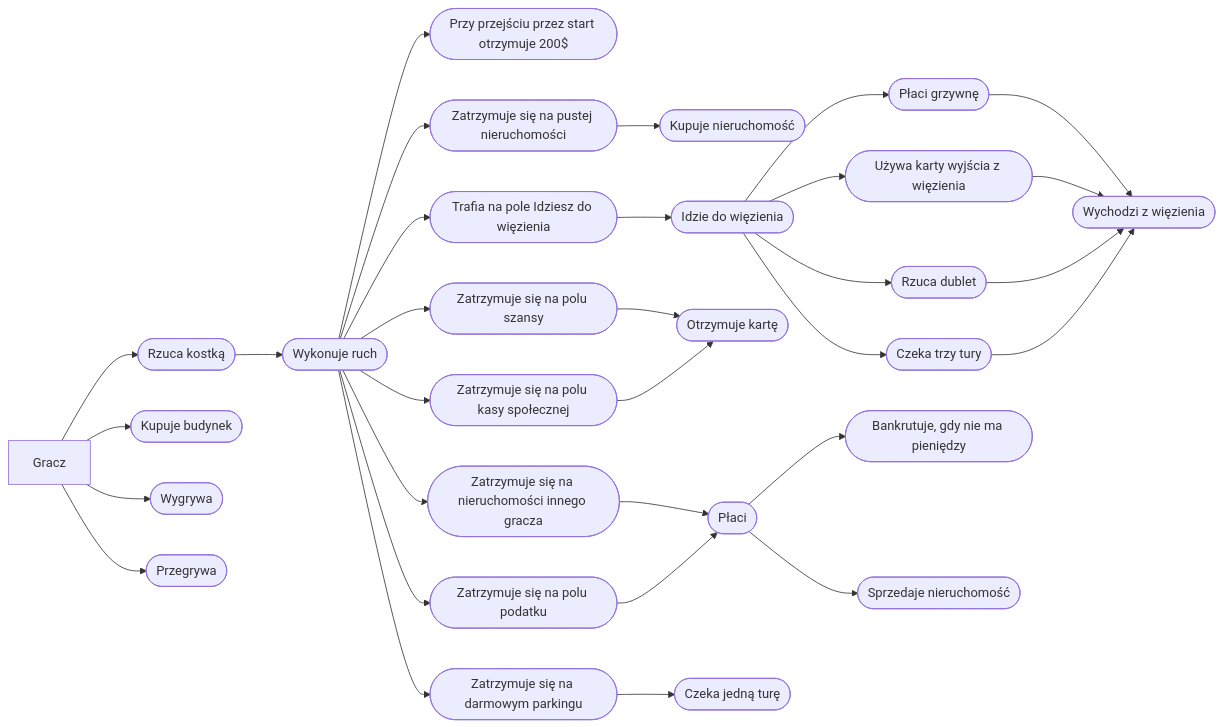
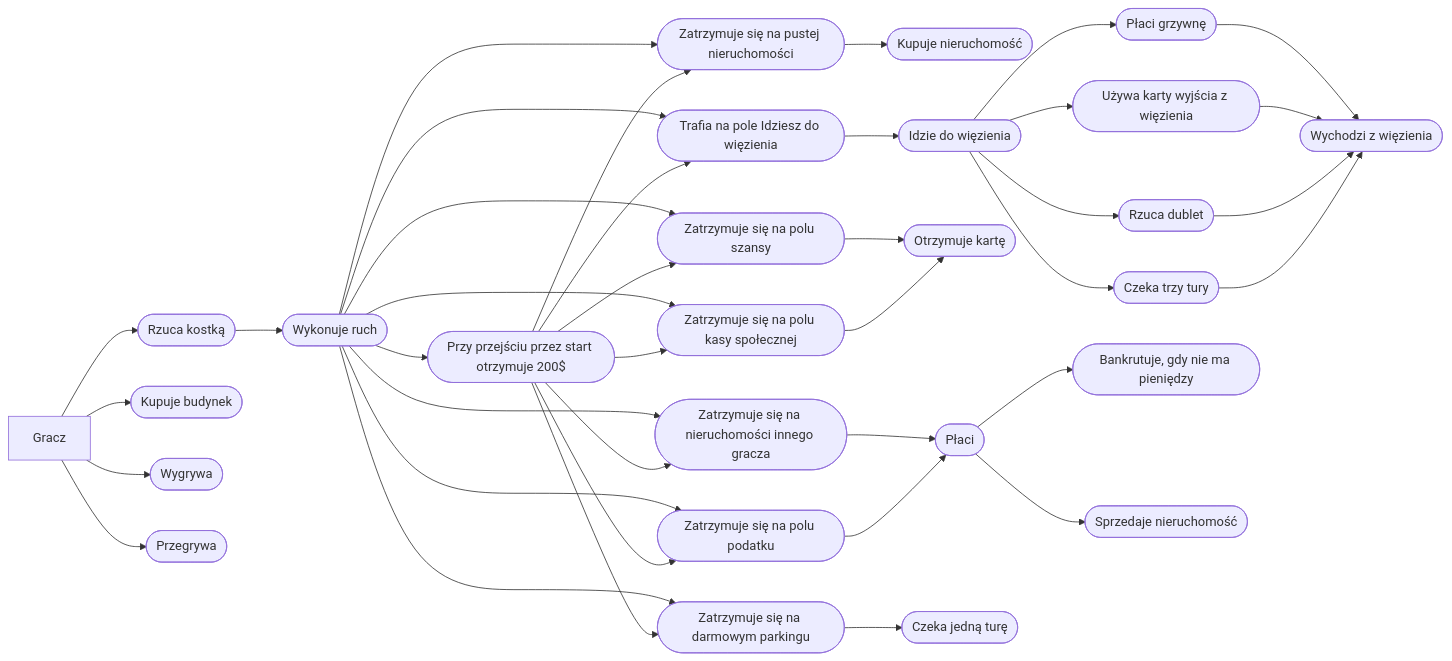
Before and after one commit to asporczyk/monopoly: the diagram in Diagrams/UseCases.md, drawn with Mermaid. The commit also changed 1 other file, not shown here.

Commit message:
Fix diagrams

````diff
--- a/Diagrams/UseCases.md
+++ b/Diagrams/UseCases.md
@@ -2,53 +2,61 @@
 ```mermaid
 flowchart LR
   player["Gracz"]
   rollsTheDice(["Rzuca kostką"])
   makesTheMove(["Wykonuje ruch"])
   buysTheProperty(["Kupuje nieruchomość"])
   buysBuilding(["Kupuje budynek"])
   pays(["Płaci"])
   getsCard(["Otrzymuje kartę"])
   getsStartBonus(["Przy przejściu przez start otrzymuje 200$"])
   getsOnGoToJail(["Trafia na pole Idziesz do więzienia"])
   goesToJail(["Idzie do więzienia"])
   paysTheFine(["Płaci grzywnę"])
   usesGetOutOfJailCard(["Używa karty wyjścia z więzienia"])
   waitsThreeTurns(["Czeka trzy tury"])
   rollsDouble(["Rzuca dublet"])
   getsOutOfJail(["Wychodzi z więzienia"])
   bankrupts(["Bankrutuje, gdy nie ma pieniędzy"])
   getsOnFreeParking(["Zatrzymuje się na darmowym parkingu"])
   waitsOneTurn(["Czeka jedną turę"])
   sellsProperty(["Sprzedaje nieruchomość"])
   getsOnEmptyProperty(["Zatrzymuje się na pustej nieruchomości"])
   getsOnOwnedProperty(["Zatrzymuje się na nieruchomości innego gracza"])
   getsOnChance(["Zatrzymuje się na polu szansy"])
   getsOnCommunityChest(["Zatrzymuje się na polu kasy społecznej"])
   getsOnTax(["Zatrzymuje się na polu podatku"])
   wins(["Wygrywa"])
   loses(["Przegrywa"])
 
   player --> rollsTheDice
   player --> buysBuilding
   player --> wins
   player --> loses
     
   rollsTheDice --> makesTheMove
   
   makesTheMove --> getsStartBonus
   makesTheMove --> getsOnGoToJail --> goesToJail
   makesTheMove --> getsOnFreeParking --> waitsOneTurn
   makesTheMove --> getsOnEmptyProperty --> buysTheProperty
   makesTheMove --> getsOnOwnedProperty --> pays
   makesTheMove --> getsOnChance --> getsCard
   makesTheMove --> getsOnCommunityChest --> getsCard
   makesTheMove --> getsOnTax --> pays
   
+  getsStartBonus --> getsOnGoToJail
+  getsStartBonus --> getsOnFreeParking
+  getsStartBonus --> getsOnEmptyProperty
+  getsStartBonus --> getsOnOwnedProperty
+  getsStartBonus --> getsOnChance
+  getsStartBonus --> getsOnCommunityChest
+  getsStartBonus --> getsOnTax
+  
   goesToJail --> paysTheFine --> getsOutOfJail
   goesToJail --> usesGetOutOfJailCard --> getsOutOfJail
   goesToJail --> rollsDouble --> getsOutOfJail
   goesToJail --> waitsThreeTurns --> getsOutOfJail
   
   pays --> sellsProperty
   pays --> bankrupts
 ```
````
